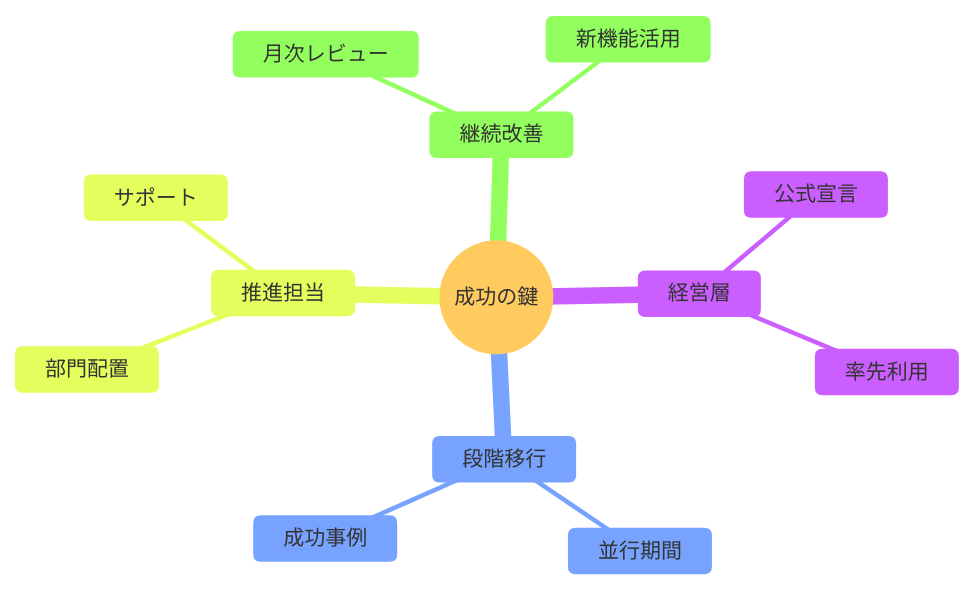
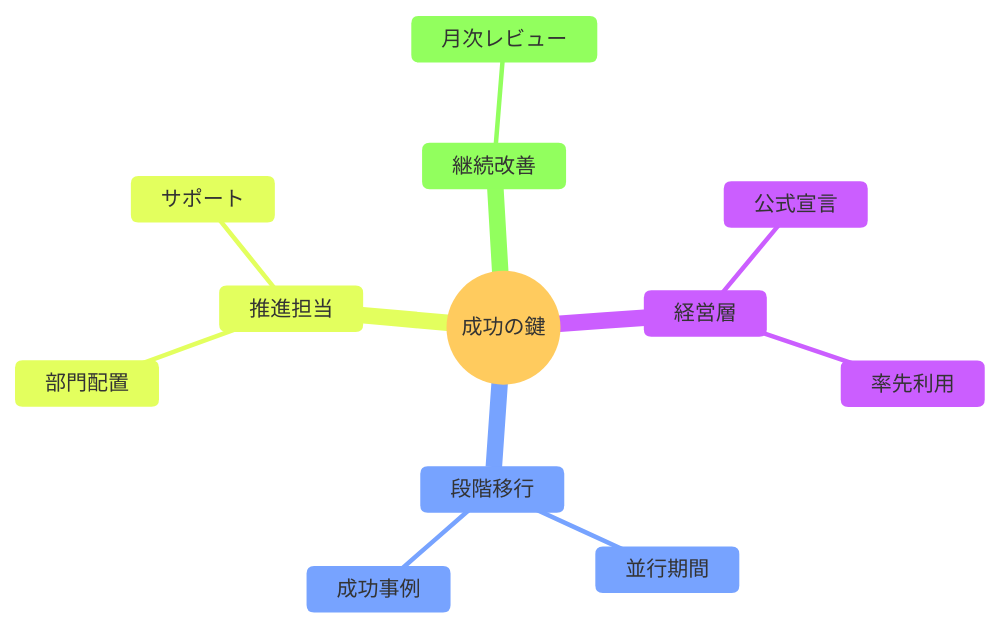
One commit to PLark-droid/lark-proposal changed diagram 12 of 15 in docs/FITPLACE_LARK_PROPOSAL.md. Above: the diagram before and after it, drawn with Mermaid. The commit also changed other lines of this file, not shown here.

First line of the commit message:
docs: redesign Mermaid diagrams for A4 portrait layout

````diff
--- a/docs/FITPLACE_LARK_PROPOSAL.md
+++ b/docs/FITPLACE_LARK_PROPOSAL.md
@@ -448,17 +438,16 @@
 ```mermaid
-%%{init: {'theme': 'base', 'themeVariables': { 'fontSize': '14px'}}}%%
+%%{init: {'theme': 'base', 'themeVariables': {'fontSize': '14px'}}}%%
 mindmap
     root((成功の鍵))
         経営層
             公式宣言
             率先利用
         段階移行
             並行期間
             成功事例
         推進担当
             部門配置
             サポート
         継続改善
             月次レビュー
-            新機能活用
 ```
````
